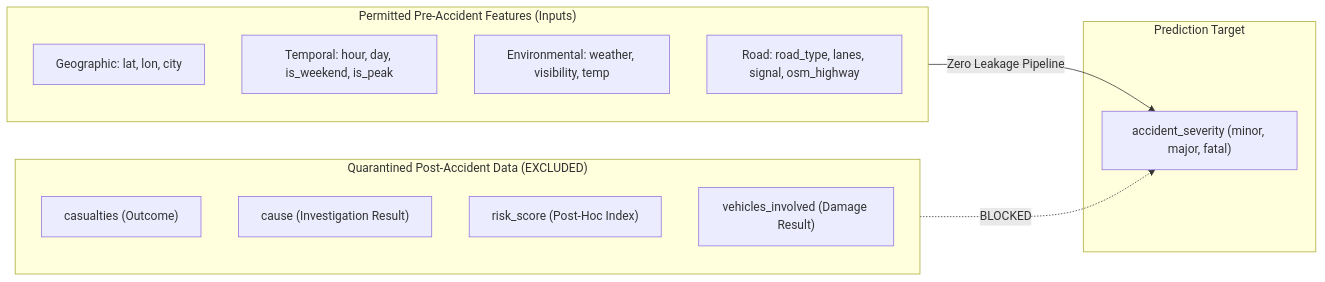
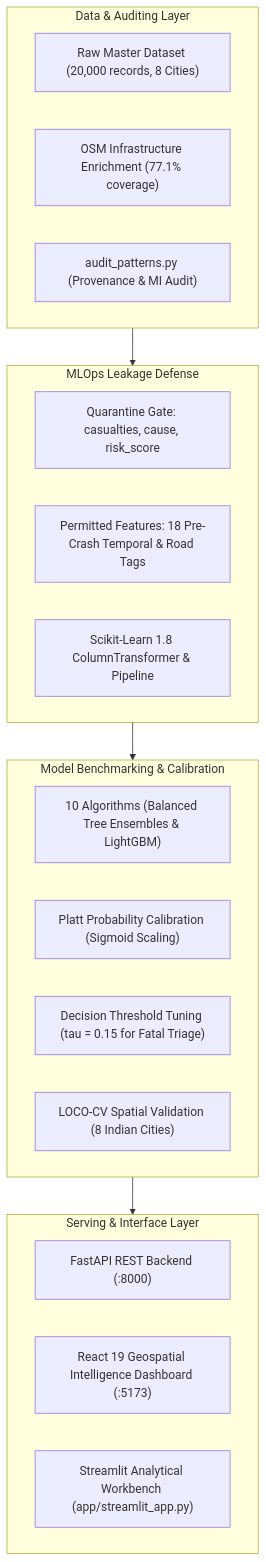
Before and after one commit to Vivekpatel1001/AccidentVisionAI: the diagram in README.md, drawn with Mermaid. The commit also changed other lines of this file and 11 other files, not shown here.

Commit message:
feat(ml): complete master model audit, benchmark 10 candidates, calibrate probabilities, tune fatal threshold, and add reports & tests

````diff
--- a/README.md
+++ b/README.md
@@ -42,20 +28,31 @@
 ```mermaid
-flowchart LR
-    subgraph Pre-Accident ["Permitted Pre-Accident Features (Inputs)"]
-        A1["Geographic: lat, lon, city"]
-        A2["Temporal: hour, day, is_weekend, is_peak"]
-        A3["Environmental: weather, visibility, temp"]
-        A4["Road: road_type, lanes, signal, osm_highway"]
+flowchart TD
+    subgraph Data ["Data & Auditing Layer"]
+        D1["Raw Master Dataset (20,000 records, 8 Cities)"]
+        D2["OSM Infrastructure Enrichment (77.1% coverage)"]
+        D3["audit_patterns.py (Provenance & MI Audit)"]
     end
-    subgraph Quarantined ["Quarantined Post-Accident Data (EXCLUDED)"]
-        B1["casualties (Outcome)"]
-        B2["cause (Investigation Result)"]
-        B3["risk_score (Post-Hoc Index)"]
-        B4["vehicles_involved (Damage Result)"]
+
+    subgraph Defense ["MLOps Leakage Defense"]
+        L1["Quarantine Gate: casualties, cause, risk_score"]
+        L2["Permitted Features: 18 Pre-Crash Temporal & Road Tags"]
+        L3["Scikit-Learn 1.8 ColumnTransformer & Pipeline"]
     end
-    subgraph Target ["Prediction Target"]
-        C["accident_severity (minor, major, fatal)"]
+
+    subgraph Models ["Model Benchmarking & Calibration"]
+        M1["10 Algorithms (Balanced Tree Ensembles & LightGBM)"]
+        M2["Platt Probability Calibration (Sigmoid Scaling)"]
+        M3["Decision Threshold Tuning (tau = 0.15 for Fatal Triage)"]
+        M4["LOCO-CV Spatial Validation (8 Indian Cities)"]
     end
-    Pre-Accident -->|Zero Leakage Pipeline| C
-    Quarantined -.->|BLOCKED| C
+
+    subgraph Serving ["Serving & Interface Layer"]
+        API["FastAPI REST Backend (:8000)"]
+        UI["React 19 Geospatial Intelligence Dashboard (:5173)"]
+        Legacy["Streamlit Analytical Workbench (app/streamlit_app.py)"]
+    end
+
+    Data --> Defense
+    Defense --> Models
+    Models --> Serving
 ```
````
